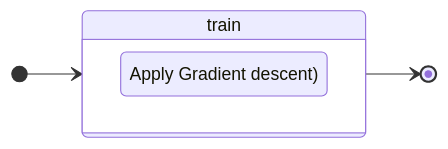
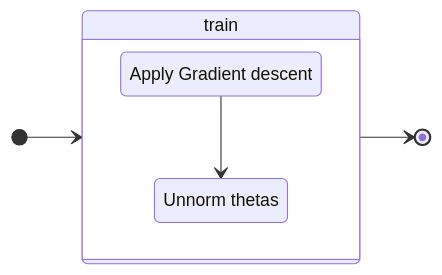
Before and after one commit to farinaleo/linear_regression: the fourth of 4 diagrams in README.md, drawn with Mermaid. The commit also changed other lines of this file, not shown here.

Commit message:
:memo: improve train explain

````diff
--- a/README.md
+++ b/README.md
@@ -84,10 +84,12 @@
 ```mermaid
 stateDiagram
     direction LR
     state train {
         direction TB
-            N_step1:Apply Gradient descent)
+            T_step1:Apply Gradient descent
+            T_step2:Unnorm thetas
+            T_step1 --> T_step2
     }  
     [*] --> train
     train --> [*]
 ```
````
